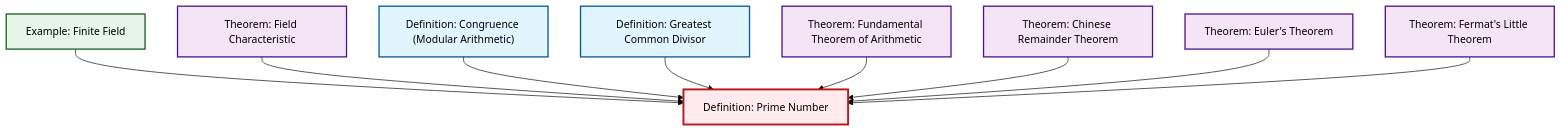
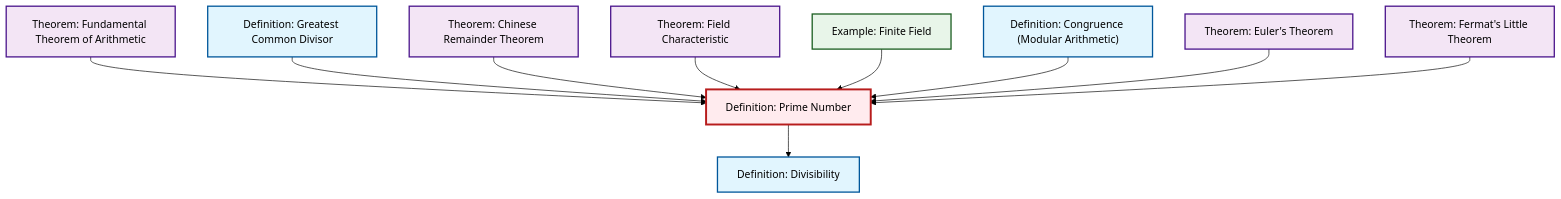
Before and after one commit to RK0429/ModernMath: the diagram in content/ja/number-theory/def-prime.qmd, drawn with Mermaid (forest theme). The commit also changed other lines of this file and 497 other files, not shown here.

````diff
--- a/content/ja/number-theory/def-prime.qmd
+++ b/content/ja/number-theory/def-prime.qmd
@@ -54,35 +56,38 @@
 ```{mermaid}
 %%| fig-cap: "Local dependency graph"
 graph TD
     classDef definition fill:#e1f5fe,stroke:#01579b,stroke-width:2px
     classDef theorem fill:#f3e5f5,stroke:#4a148c,stroke-width:2px
     classDef axiom fill:#fff3e0,stroke:#e65100,stroke-width:2px
     classDef example fill:#e8f5e9,stroke:#1b5e20,stroke-width:2px
     classDef current fill:#ffebee,stroke:#b71c1c,stroke-width:3px
+    def-prime["Definition: Prime Number"]:::definition
+    thm-fundamental-arithmetic["Theorem: Fundamental Theorem of Arithmetic"]:::theorem
+    def-gcd["Definition: Greatest Common Divisor"]:::definition
+    def-divisibility["Definition: Divisibility"]:::definition
+    thm-chinese-remainder["Theorem: Chinese Remainder Theorem"]:::theorem
+    def-congruence["Definition: Congruence (Modular Arithmetic)"]:::definition
+    ex-finite-field["Example: Finite Field"]:::example
+    thm-euler["Theorem: Euler's Theorem"]:::theorem
     thm-fermat-little["Theorem: Fermat's Little Theorem"]:::theorem
-    thm-euler["Theorem: Euler's Theorem"]:::theorem
     thm-field-characteristic["Theorem: Field Characteristic"]:::theorem
-    thm-chinese-remainder["Theorem: Chinese Remainder Theorem"]:::theorem
-    thm-fundamental-arithmetic["Theorem: Fundamental Theorem of Arithmetic"]:::theorem
-    ex-finite-field["Example: Finite Field"]:::example
-    def-prime["Definition: Prime Number"]:::definition
-    def-congruence["Definition: Congruence (Modular Arithmetic)"]:::definition
-    def-gcd["Definition: Greatest Common Divisor"]:::definition
+    thm-fundamental-arithmetic --> def-prime
+    def-gcd --> def-prime
+    def-prime --> def-divisibility
+    thm-chinese-remainder --> def-prime
+    thm-field-characteristic --> def-prime
     ex-finite-field --> def-prime
-    thm-field-characteristic --> def-prime
     def-congruence --> def-prime
-    def-gcd --> def-prime
-    thm-fundamental-arithmetic --> def-prime
-    thm-chinese-remainder --> def-prime
     thm-euler --> def-prime
     thm-fermat-little --> def-prime
     class def-prime current
+    click thm-fundamental-arithmetic "thm-fundamental-arithmetic.html" "Theorem: Fundamental Theorem of Arithmeticへ"
+    click def-gcd "def-gcd.html" "Definition: Greatest Common Divisorへ"
+    click def-divisibility "def-divisibility.html" "Definition: Divisibilityへ"
+    click thm-chinese-remainder "thm-chinese-remainder.html" "Theorem: Chinese Remainder Theoremへ"
+    click def-congruence "def-congruence.html" "Definition: Congruence (Modular Arithmetic)へ"
+    click ex-finite-field "ex-finite-field.html" "Example: Finite Fieldへ"
+    click thm-euler "thm-euler.html" "Theorem: Euler's Theoremへ"
     click thm-fermat-little "thm-fermat-little.html" "Theorem: Fermat's Little Theoremへ"
-    click thm-euler "thm-euler.html" "Theorem: Euler's Theoremへ"
     click thm-field-characteristic "thm-field-characteristic.html" "Theorem: Field Characteristicへ"
-    click thm-chinese-remainder "thm-chinese-remainder.html" "Theorem: Chinese Remainder Theoremへ"
-    click thm-fundamental-arithmetic "thm-fundamental-arithmetic.html" "Theorem: Fundamental Theorem of Arithmeticへ"
-    click ex-finite-field "ex-finite-field.html" "Example: Finite Fieldへ"
-    click def-congruence "def-congruence.html" "Definition: Congruence (Modular Arithmetic)へ"
-    click def-gcd "def-gcd.html" "Definition: Greatest Common Divisorへ"
 ```
````
